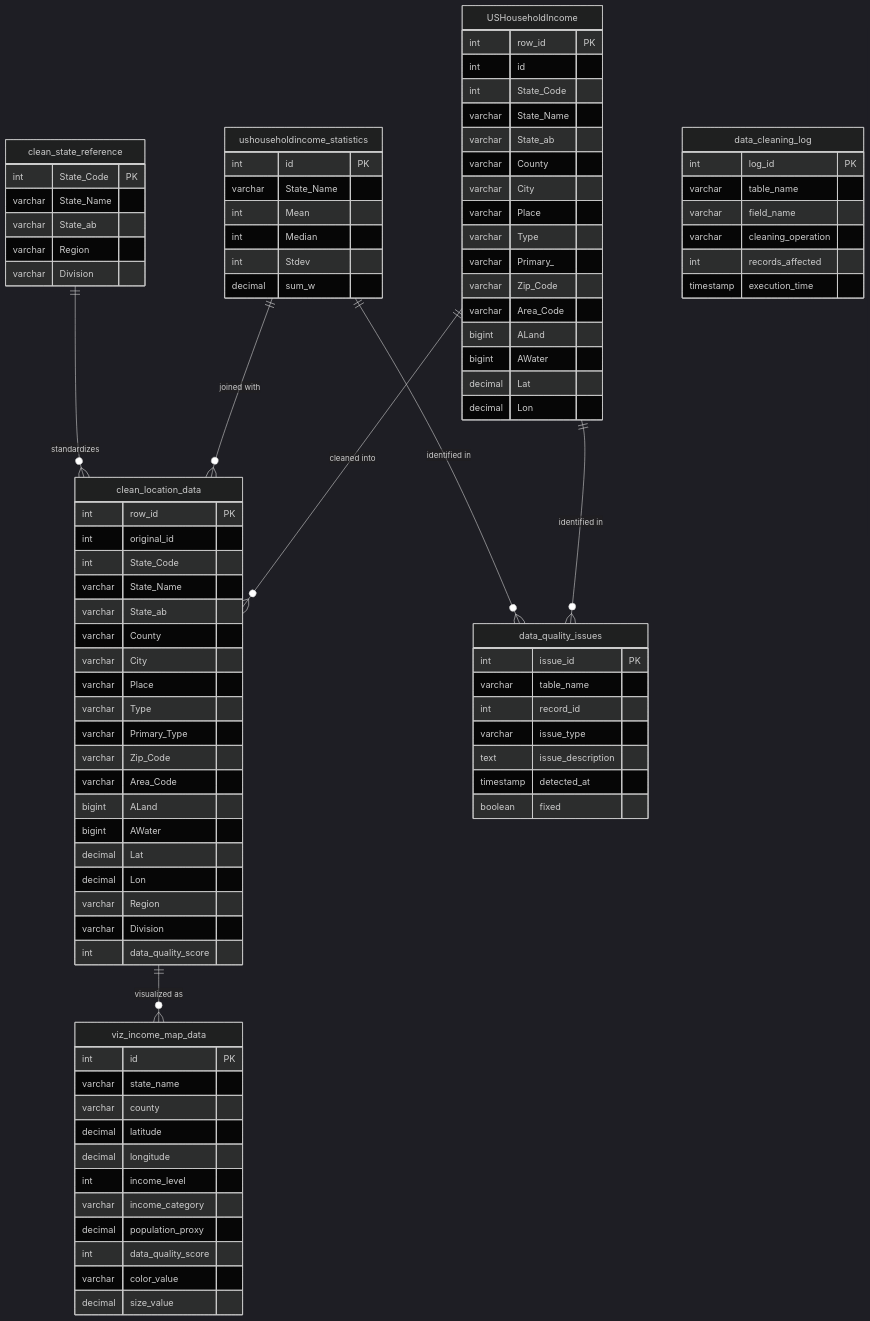
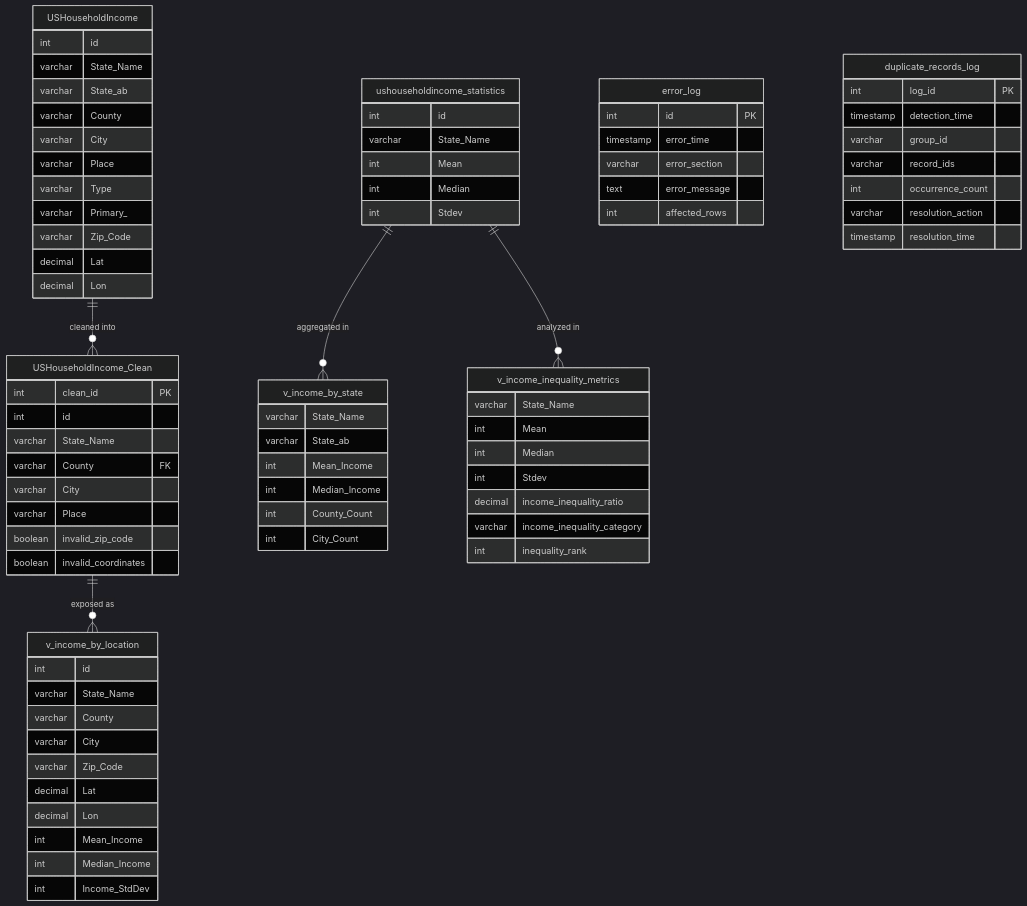
Before and after one commit to tzolkowski96/tzolkowski96: the first of 2 diagrams in us-household-income-analysis/README.md, drawn with Mermaid (dark theme). The commit also changed other lines of this file, not shown here.

Commit message:
No code changes made; skipping commit.

````diff
--- a/us-household-income-analysis/README.md
+++ b/us-household-income-analysis/README.md
@@ -159,9 +183,7 @@
 ```mermaid
 erDiagram
     USHouseholdIncome {
-        int row_id PK
         int id
-        int State_Code
         varchar State_Name
         varchar State_ab
         varchar County
@@ -170,89 +192,81 @@
         varchar Type
         varchar Primary_
         varchar Zip_Code
-        varchar Area_Code
-        bigint ALand
-        bigint AWater
         decimal Lat
         decimal Lon
     }
     
     ushouseholdincome_statistics {
-        int id PK
+        int id
         varchar State_Name
         int Mean
         int Median
         int Stdev
-        decimal sum_w
     }
     
-    clean_state_reference {
-        int State_Code PK
+    USHouseholdIncome_Clean {
+        int clean_id PK
+        int id
+        varchar State_Name
+        varchar County FK
+        varchar City
+        varchar Place
+        boolean invalid_zip_code
+        boolean invalid_coordinates
+    }
+    
+    v_income_by_location {
+        int id
+        varchar State_Name
+        varchar County
+        varchar City
+        varchar Zip_Code
+        decimal Lat
+        decimal Lon
+        int Mean_Income
+        int Median_Income
+        int Income_StdDev
+    }
+    
+    v_income_by_state {
         varchar State_Name
         varchar State_ab
-        varchar Region
-        varchar Division
+        int Mean_Income
+        int Median_Income
+        int County_Count
+        int City_Count
     }
     
-    clean_location_data {
-        int row_id PK
-        int original_id
-        int State_Code
+    v_income_inequality_metrics {
         varchar State_Name
-        varchar State_ab
-        varchar County
-        varchar City
-        varchar Place
-        varchar Type
-        varchar Primary_Type
-        varchar Zip_Code
-        varchar Area_Code
-        bigint ALand
-        bigint AWater
-        decimal Lat
-        decimal Lon
-        varchar Region
-        varchar Division
-        int data_quality_score
+        int Mean
+        int Median
+        int Stdev
+        decimal income_inequality_ratio
+        varchar income_inequality_category
+        int inequality_rank
     }
     
-    data_quality_issues {
-        int issue_id PK
-        varchar table_name
-        int record_id
-        varchar issue_type
-        text issue_description
-        timestamp detected_at
-        boolean fixed
+    error_log {
+        int id PK
+        timestamp error_time
+        varchar error_section
+        text error_message
+        int affected_rows
     }
     
-    data_cleaning_log {
+    duplicate_records_log {
         int log_id PK
-        varchar table_name
-        varchar field_name
-        varchar cleaning_operation
-        int records_affected
-        timestamp execution_time
+        timestamp detection_time
+        varchar group_id
+        varchar record_ids
+        int occurrence_count
+        varchar resolution_action
+        timestamp resolution_time
     }
-    
-    viz_income_map_data {
-        int id PK
-        varchar state_name
-        varchar county
-        decimal latitude
-        decimal longitude
-        int income_level
-        varchar income_category
-        decimal population_proxy
-        int data_quality_score
-        varchar color_value
-        decimal size_value
-    }
-    
-    USHouseholdIncome ||--o{ clean_location_data : "cleaned into"
-    ushouseholdincome_statistics ||--o{ clean_location_data : "joined with"
-    clean_state_reference ||--o{ clean_location_data : "standardizes"
-    clean_location_data ||--o{ viz_income_map_data : "visualized as"
-    USHouseholdIncome ||--o{ data_quality_issues : "identified in"
-    ushouseholdincome_statistics ||--o{ data_quality_issues : "identified in"
+
+    USHouseholdIncome ||--o{ USHouseholdIncome_Clean : "cleaned into"
+    USHouseholdIncome_Clean ||--o{ v_income_by_location : "exposed as"
+    ushouseholdincome_statistics ||--o{ v_income_by_state : "aggregated in"
+    ushouseholdincome_statistics ||--o{ v_income_inequality_metrics : "analyzed in"
 ```
````
